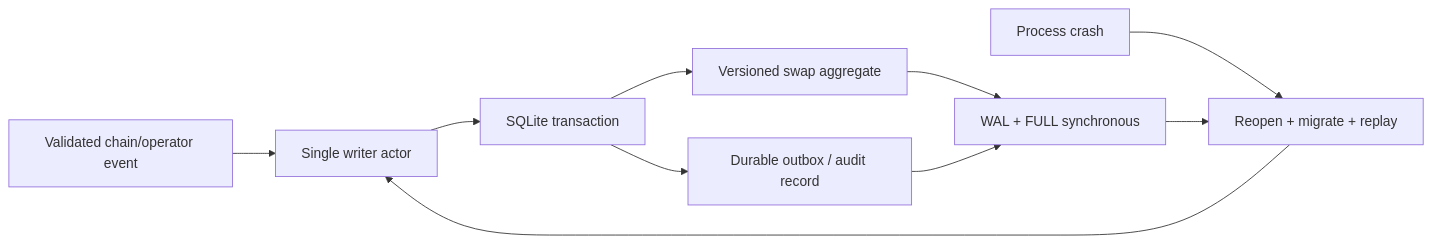
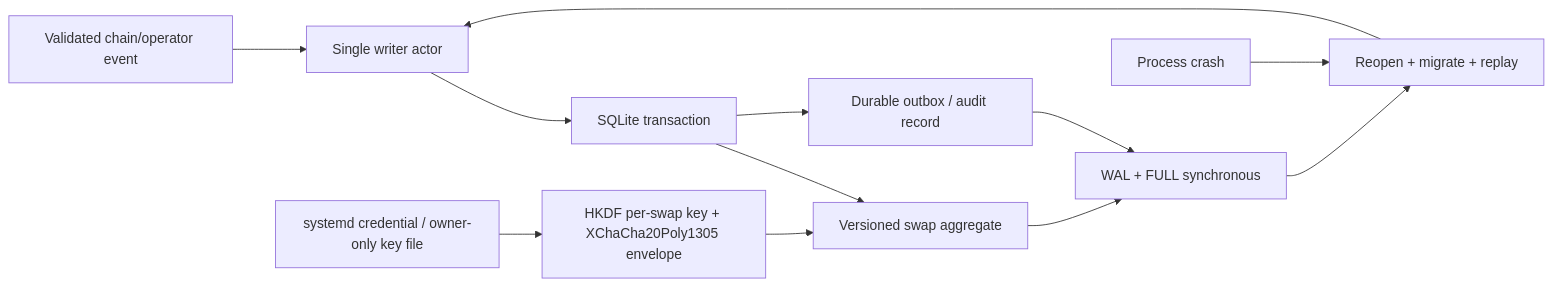
The diagram in docs/architecture/0003-sqlite-persistence.md (gateway-fm/lez-atomic-swaps), drawn with Mermaid before and after one commit. The commit also changed other lines of this file and 12 other files, not shown here.

Commit message:
docs: finalize milestone one architecture designs

````diff
--- a/docs/architecture/0003-sqlite-persistence.md
+++ b/docs/architecture/0003-sqlite-persistence.md
@@ -5,12 +5,14 @@
 ```mermaid
 flowchart LR
     Event["Validated chain/operator event"] --> Actor["Single writer actor"]
     Actor --> Tx["SQLite transaction"]
     Tx --> Aggregate["Versioned swap aggregate"]
     Tx --> Outbox["Durable outbox / audit record"]
+    Credential["systemd credential / owner-only key file"] --> Envelope["HKDF per-swap key + XChaCha20Poly1305 envelope"]
+    Envelope --> Aggregate
     Aggregate --> WAL["WAL + FULL synchronous"]
     Outbox --> WAL
     Crash["Process crash"] --> Reopen["Reopen + migrate + replay"]
     WAL --> Reopen
     Reopen --> Actor
 ```
````
